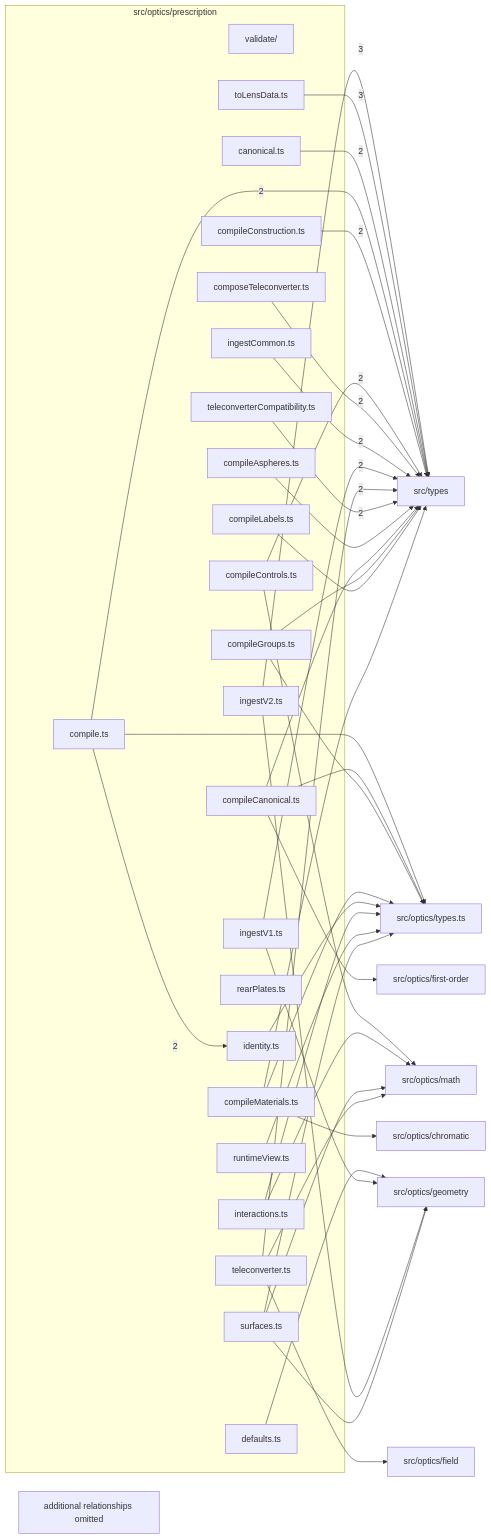
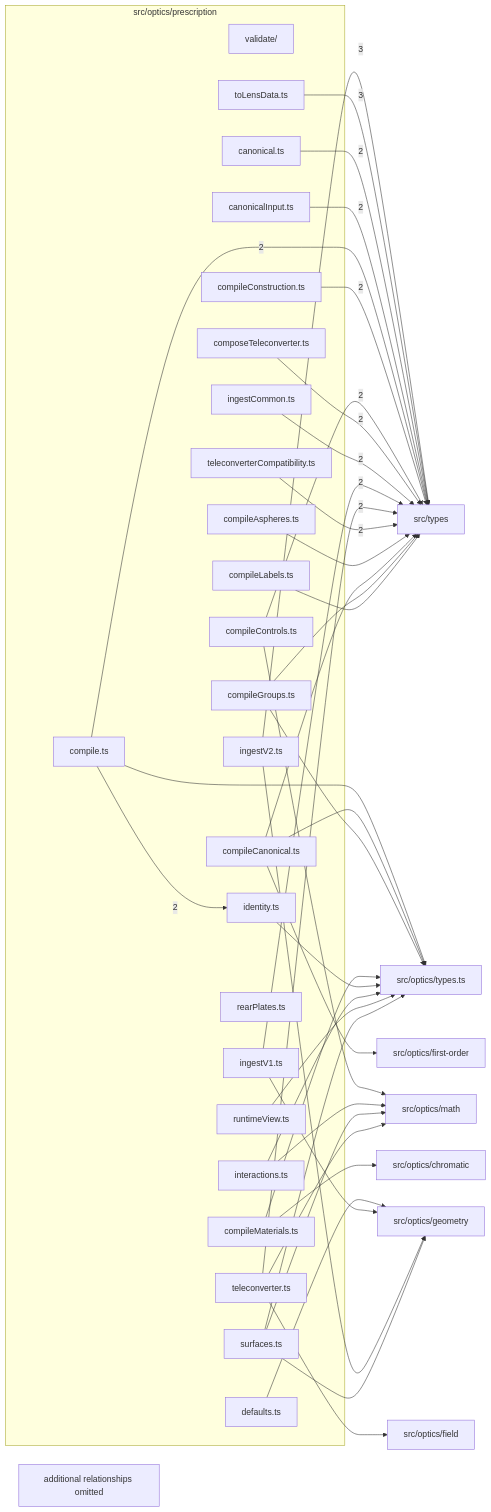
One commit to ronbuening/LensVisualizer changed the diagram in src/optics/prescription/readme.md. Above: the diagram before and after it, drawn with Mermaid. The commit also changed other lines of this file and 11 other files, not shown here.

````diff
--- a/src/optics/prescription/readme.md
+++ b/src/optics/prescription/readme.md
@@ -9,72 +9,73 @@
 ```mermaid
 flowchart LR
   subgraph n_src_optics_prescription["src/optics/prescription"]
     n_src_optics_prescription_src_optics_prescription_validate["validate/"]
     n_src_optics_prescription_src_optics_prescription_canonical_ts["canonical.ts"]
+    n_src_optics_prescription_src_optics_prescription_canonicalInput_ts["canonicalInput.ts"]
     n_src_optics_prescription_src_optics_prescription_compile_ts["compile.ts"]
     n_src_optics_prescription_src_optics_prescription_compileAspheres_ts["compileAspheres.ts"]
     n_src_optics_prescription_src_optics_prescription_compileCanonical_ts["compileCanonical.ts"]
     n_src_optics_prescription_src_optics_prescription_compileConstruction_ts["compileConstruction.ts"]
     n_src_optics_prescription_src_optics_prescription_compileControls_ts["compileControls.ts"]
     n_src_optics_prescription_src_optics_prescription_compileGroups_ts["compileGroups.ts"]
     n_src_optics_prescription_src_optics_prescription_compileLabels_ts["compileLabels.ts"]
     n_src_optics_prescription_src_optics_prescription_compileMaterials_ts["compileMaterials.ts"]
     n_src_optics_prescription_src_optics_prescription_composeTeleconverter_ts["composeTeleconverter.ts"]
     n_src_optics_prescription_src_optics_prescription_defaults_ts["defaults.ts"]
     n_src_optics_prescription_src_optics_prescription_identity_ts["identity.ts"]
     n_src_optics_prescription_src_optics_prescription_ingestCommon_ts["ingestCommon.ts"]
     n_src_optics_prescription_src_optics_prescription_ingestV1_ts["ingestV1.ts"]
     n_src_optics_prescription_src_optics_prescription_ingestV2_ts["ingestV2.ts"]
     n_src_optics_prescription_src_optics_prescription_interactions_ts["interactions.ts"]
     n_src_optics_prescription_src_optics_prescription_rearPlates_ts["rearPlates.ts"]
     n_src_optics_prescription_src_optics_prescription_runtimeView_ts["runtimeView.ts"]
     n_src_optics_prescription_src_optics_prescription_surfaces_ts["surfaces.ts"]
     n_src_optics_prescription_src_optics_prescription_teleconverter_ts["teleconverter.ts"]
     n_src_optics_prescription_src_optics_prescription_teleconverterCompatibility_ts["teleconverterCompatibility.ts"]
     n_src_optics_prescription_src_optics_prescription_toLensData_ts["toLensData.ts"]
   end
   n_external_src_types["src/types"]
   n_external_src_optics_chromatic["src/optics/chromatic"]
   n_external_src_optics_field["src/optics/field"]
   n_external_src_optics_first_order["src/optics/first-order"]
   n_external_src_optics_geometry["src/optics/geometry"]
   n_external_src_optics_math["src/optics/math"]
   n_external_src_optics_types_ts["src/optics/types.ts"]
   n_src_optics_prescription_src_optics_prescription_ingestV2_ts --> |3| n_external_src_types
   n_src_optics_prescription_src_optics_prescription_toLensData_ts --> |3| n_external_src_types
   n_src_optics_prescription_src_optics_prescription_canonical_ts --> |2| n_external_src_types
+  n_src_optics_prescription_src_optics_prescription_canonicalInput_ts --> |2| n_external_src_types
   n_src_optics_prescription_src_optics_prescription_compile_ts --> |2| n_external_src_types
   n_src_optics_prescription_src_optics_prescription_compileConstruction_ts --> |2| n_external_src_types
   n_src_optics_prescription_src_optics_prescription_compileControls_ts --> |2| n_external_src_types
   n_src_optics_prescription_src_optics_prescription_composeTeleconverter_ts --> |2| n_external_src_types
   n_src_optics_prescription_src_optics_prescription_ingestCommon_ts --> |2| n_external_src_types
   n_src_optics_prescription_src_optics_prescription_ingestV1_ts --> |2| n_external_src_types
   n_src_optics_prescription_src_optics_prescription_teleconverter_ts --> |2| n_external_src_types
   n_src_optics_prescription_src_optics_prescription_teleconverterCompatibility_ts --> |2| n_external_src_types
   n_src_optics_prescription_src_optics_prescription_compile_ts --> |2| n_src_optics_prescription_src_optics_prescription_identity_ts
   n_src_optics_prescription_src_optics_prescription_compileMaterials_ts --> n_external_src_optics_chromatic
   n_src_optics_prescription_src_optics_prescription_teleconverter_ts --> n_external_src_optics_field
   n_src_optics_prescription_src_optics_prescription_compileCanonical_ts --> n_external_src_optics_first_order
   n_src_optics_prescription_src_optics_prescription_defaults_ts --> n_external_src_optics_geometry
   n_src_optics_prescription_src_optics_prescription_ingestV1_ts --> n_external_src_optics_geometry
   n_src_optics_prescription_src_optics_prescription_ingestV2_ts --> n_external_src_optics_geometry
   n_src_optics_prescription_src_optics_prescription_surfaces_ts --> n_external_src_optics_geometry
   n_src_optics_prescription_src_optics_prescription_compileControls_ts --> n_external_src_optics_math
   n_src_optics_prescription_src_optics_prescription_interactions_ts --> n_external_src_optics_math
   n_src_optics_prescription_src_optics_prescription_surfaces_ts --> n_external_src_optics_math
   n_src_optics_prescription_src_optics_prescription_teleconverter_ts --> n_external_src_optics_math
   n_src_optics_prescription_src_optics_prescription_compile_ts --> n_external_src_optics_types_ts
   n_src_optics_prescription_src_optics_prescription_compileCanonical_ts --> n_external_src_optics_types_ts
   n_src_optics_prescription_src_optics_prescription_compileGroups_ts --> n_external_src_optics_types_ts
   n_src_optics_prescription_src_optics_prescription_compileMaterials_ts --> n_external_src_optics_types_ts
   n_src_optics_prescription_src_optics_prescription_identity_ts --> n_external_src_optics_types_ts
   n_src_optics_prescription_src_optics_prescription_interactions_ts --> n_external_src_optics_types_ts
   n_src_optics_prescription_src_optics_prescription_runtimeView_ts --> n_external_src_optics_types_ts
   n_src_optics_prescription_src_optics_prescription_surfaces_ts --> n_external_src_optics_types_ts
   n_src_optics_prescription_src_optics_prescription_compileAspheres_ts --> n_external_src_types
   n_src_optics_prescription_src_optics_prescription_compileCanonical_ts --> n_external_src_types
   n_src_optics_prescription_src_optics_prescription_compileGroups_ts --> n_external_src_types
   n_src_optics_prescription_src_optics_prescription_compileLabels_ts --> n_external_src_types
-  n_src_optics_prescription_src_optics_prescription_compileMaterials_ts --> n_external_src_types
   n_src_optics_prescription_truncated["additional relationships omitted"]
 ```
````
